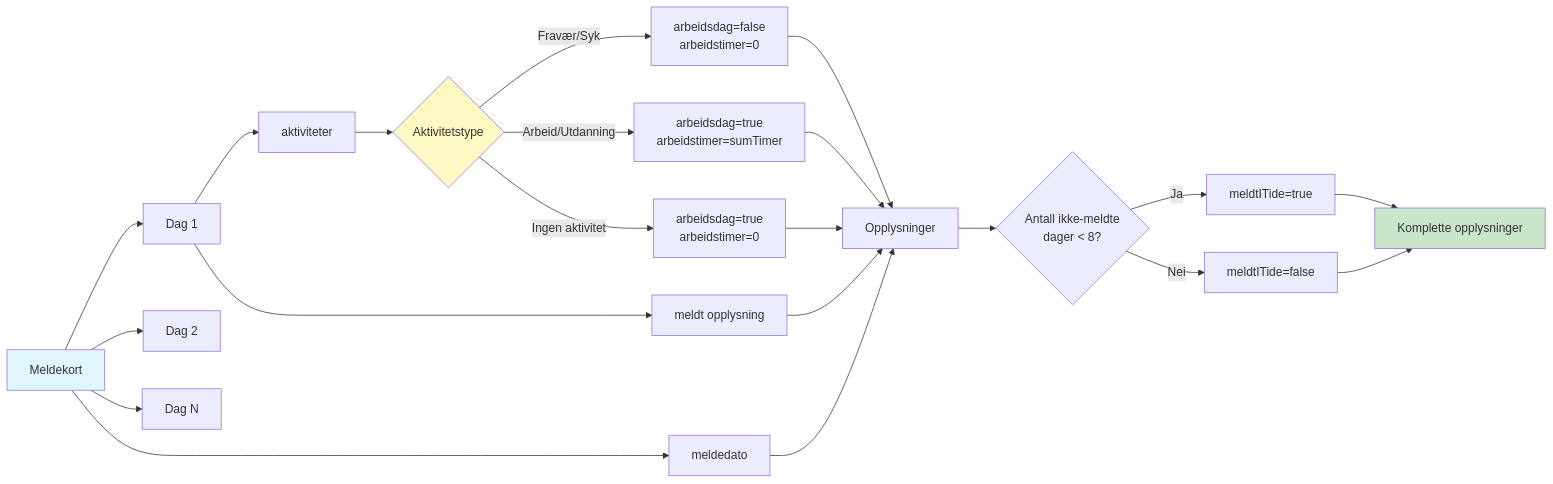
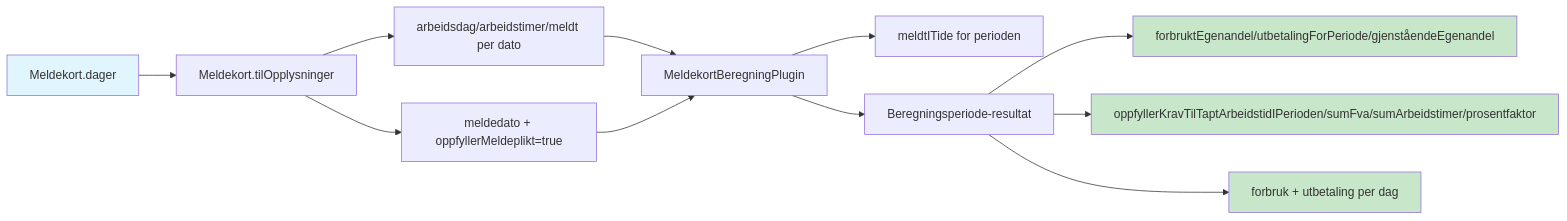
The fifth of 5 diagrams in docs/beregning-meldekort-flyt.md (navikt/dp-behandling), drawn with Mermaid before and after one commit. The commit also changed other lines of this file, not shown here.

````diff
--- a/docs/beregning-meldekort-flyt.md
+++ b/docs/beregning-meldekort-flyt.md
@@ -405,33 +147,18 @@
 ```mermaid
 flowchart LR
-    MK[Meldekort] --> D1[Dag 1]
-    MK --> D2[Dag 2]
-    MK --> DN[Dag N]
-    MK --> MD[meldedato]
-    
-    D1 --> A1[aktiviteter]
-    A1 --> AV{Aktivitetstype}
-    
-    AV -->|Fravær/Syk| F1[arbeidsdag=false<br/>arbeidstimer=0]
-    AV -->|Arbeid/Utdanning| F2[arbeidsdag=true<br/>arbeidstimer=sumTimer]
-    AV -->|Ingen aktivitet| F3[arbeidsdag=true<br/>arbeidstimer=0]
-    
-    D1 --> M1[meldt opplysning]
-    
-    F1 --> OPP[Opplysninger]
-    F2 --> OPP
-    F3 --> OPP
-    M1 --> OPP
-    MD --> OPP
-    
-    OPP --> TI{Antall ikke-meldte<br/>dager < 8?}
-    TI -->|Ja| TI1[meldtITide=true]
-    TI -->|Nei| TI2[meldtITide=false]
-    
-    TI1 --> FINAL[Komplette opplysninger]
-    TI2 --> FINAL
-    
-    style MK fill:#e1f5ff
-    style FINAL fill:#c8e6c9
-    style AV fill:#fff9c4
+    A[Meldekort.dager] --> B[Meldekort.tilOpplysninger]
+    B --> C[arbeidsdag/arbeidstimer/meldt per dato]
+    B --> D[meldedato + oppfyllerMeldeplikt=true]
+    C --> E[MeldekortBeregningPlugin]
+    D --> E
+    E --> F[meldtITide for perioden]
+    E --> G[Beregningsperiode-resultat]
+    G --> H[forbruktEgenandel/utbetalingForPeriode/gjenståendeEgenandel]
+    G --> I[oppfyllerKravTilTaptArbeidstidIPerioden/sumFva/sumArbeidstimer/prosentfaktor]
+    G --> J[forbruk + utbetaling per dag]
+
+    style A fill:#e1f5ff
+    style H fill:#c8e6c9
+    style I fill:#c8e6c9
+    style J fill:#c8e6c9
 ```
````
